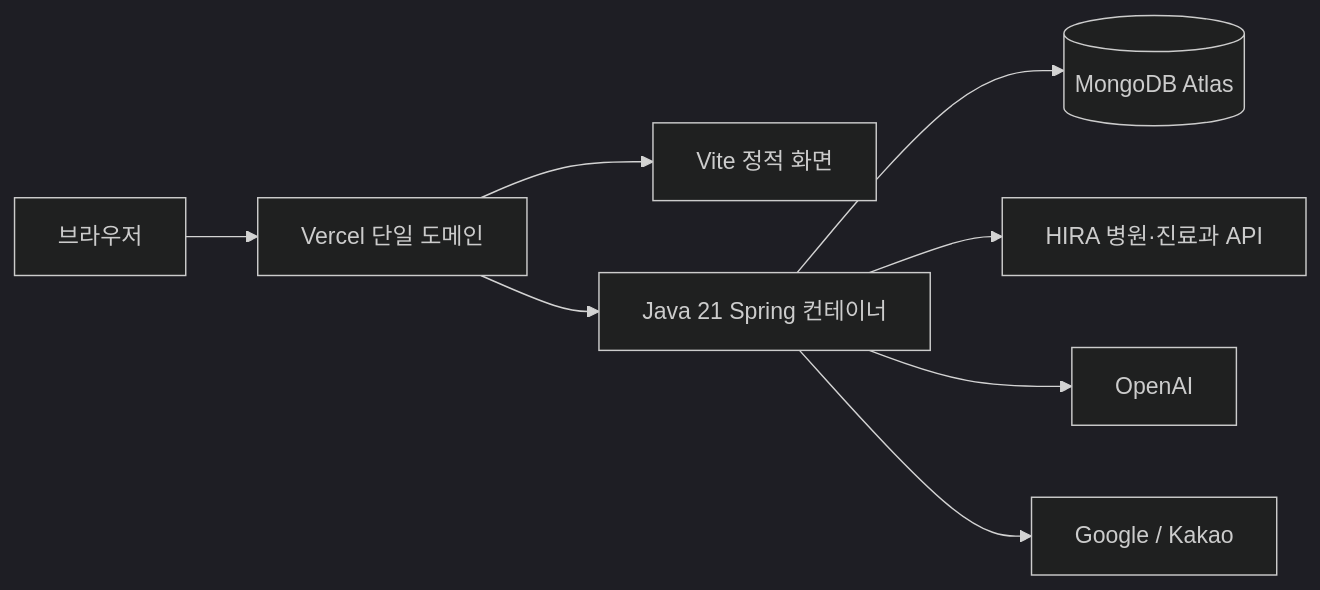
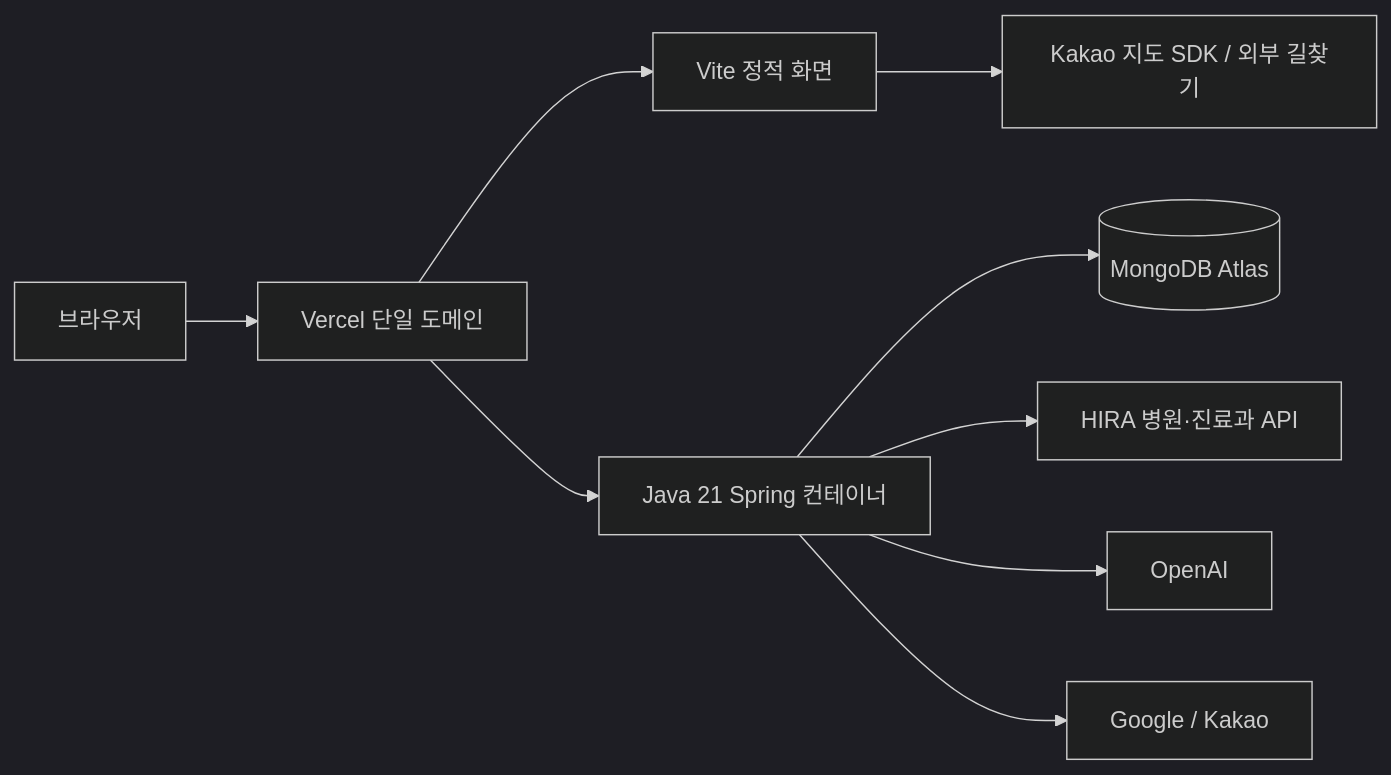
The diagram in docs/architecture.md (DavidPark04/hospital-reservation), drawn with Mermaid (dark theme) before and after one commit. The commit also changed other lines of this file and 17 other files, not shown here.

````diff
--- a/docs/architecture.md
+++ b/docs/architecture.md
@@ -5,10 +5,11 @@
 ```mermaid
 flowchart LR
     Browser[브라우저] --> Vercel[Vercel 단일 도메인]
     Vercel --> FE[Vite 정적 화면]
     Vercel --> BE[Java 21 Spring 컨테이너]
     BE --> DB[(MongoDB Atlas)]
     BE --> HIRA[HIRA 병원·진료과 API]
     BE --> AI[OpenAI]
     BE --> OAuth[Google / Kakao]
+    FE --> Maps[Kakao 지도 SDK / 외부 길찾기]
 ```
````
